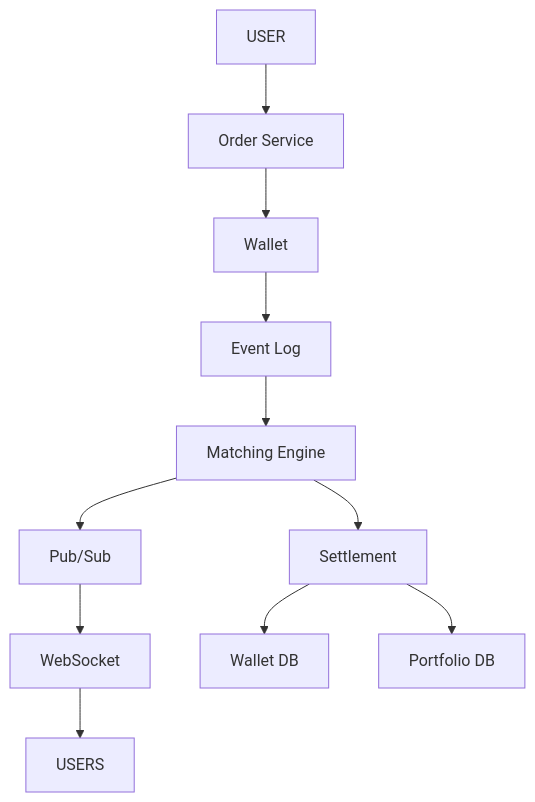
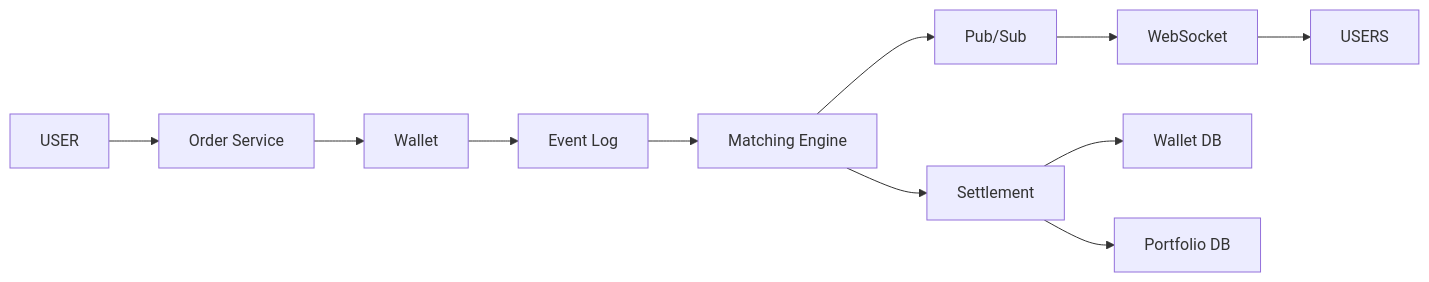
One commit to ArpanMaheshwari144/Prep changed the tenth of 10 diagrams in 04_HLD/SYSTEM_DESIGNS/05_stock_broker_trading/05_stock_broker_trading.md. Above: the diagram before and after it, drawn with Mermaid. The commit also changed other lines of this file, not shown here.

Commit message:
stock: diagrams left to right, new box highlighted

````diff
--- a/04_HLD/SYSTEM_DESIGNS/05_stock_broker_trading/05_stock_broker_trading.md
+++ b/04_HLD/SYSTEM_DESIGNS/05_stock_broker_trading/05_stock_broker_trading.md
@@ -425,24 +437,24 @@
 ```mermaid
-flowchart TD
+flowchart LR
     n_USER["USER"]
     n_Order_Service["Order Service"]
     n_Wallet["Wallet"]
     n_Event_Log["Event Log"]
     n_Matching_Engine["Matching Engine"]
     n_Pub_Sub["Pub/Sub"]
     n_WebSocket["WebSocket"]
     n_USERS["USERS"]
     n_Settlement["Settlement"]
     n_Wallet_DB["Wallet DB"]
     n_Portfolio_DB["Portfolio DB"]
     n_USER --> n_Order_Service
     n_Order_Service --> n_Wallet
     n_Wallet --> n_Event_Log
     n_Event_Log --> n_Matching_Engine
     n_Matching_Engine --> n_Pub_Sub
     n_Matching_Engine --> n_Settlement
     n_Pub_Sub --> n_WebSocket
     n_WebSocket --> n_USERS
     n_Settlement --> n_Wallet_DB
     n_Settlement --> n_Portfolio_DB
 ```
````
